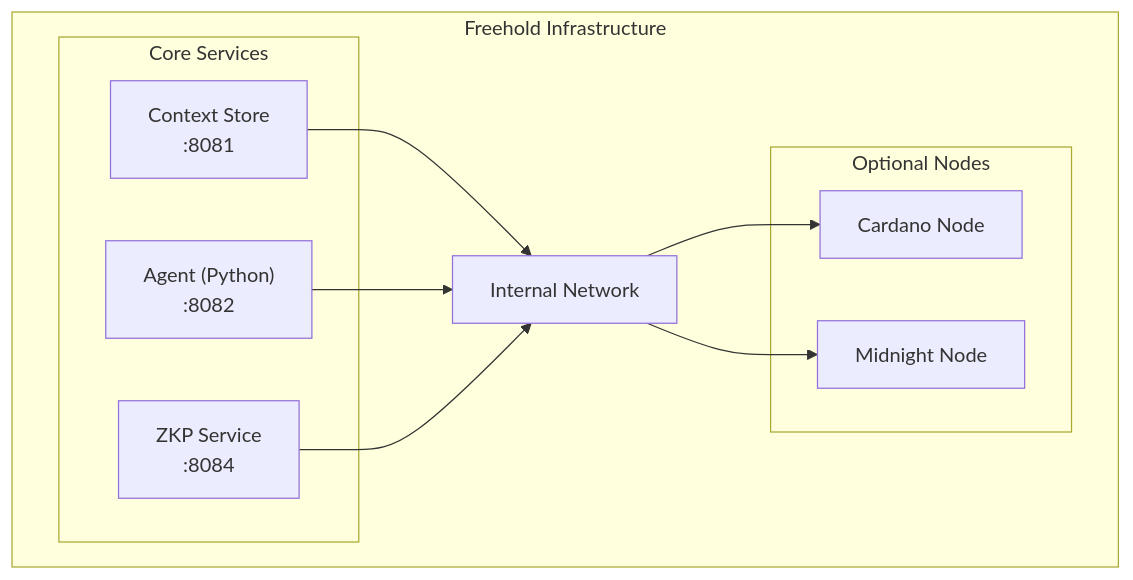
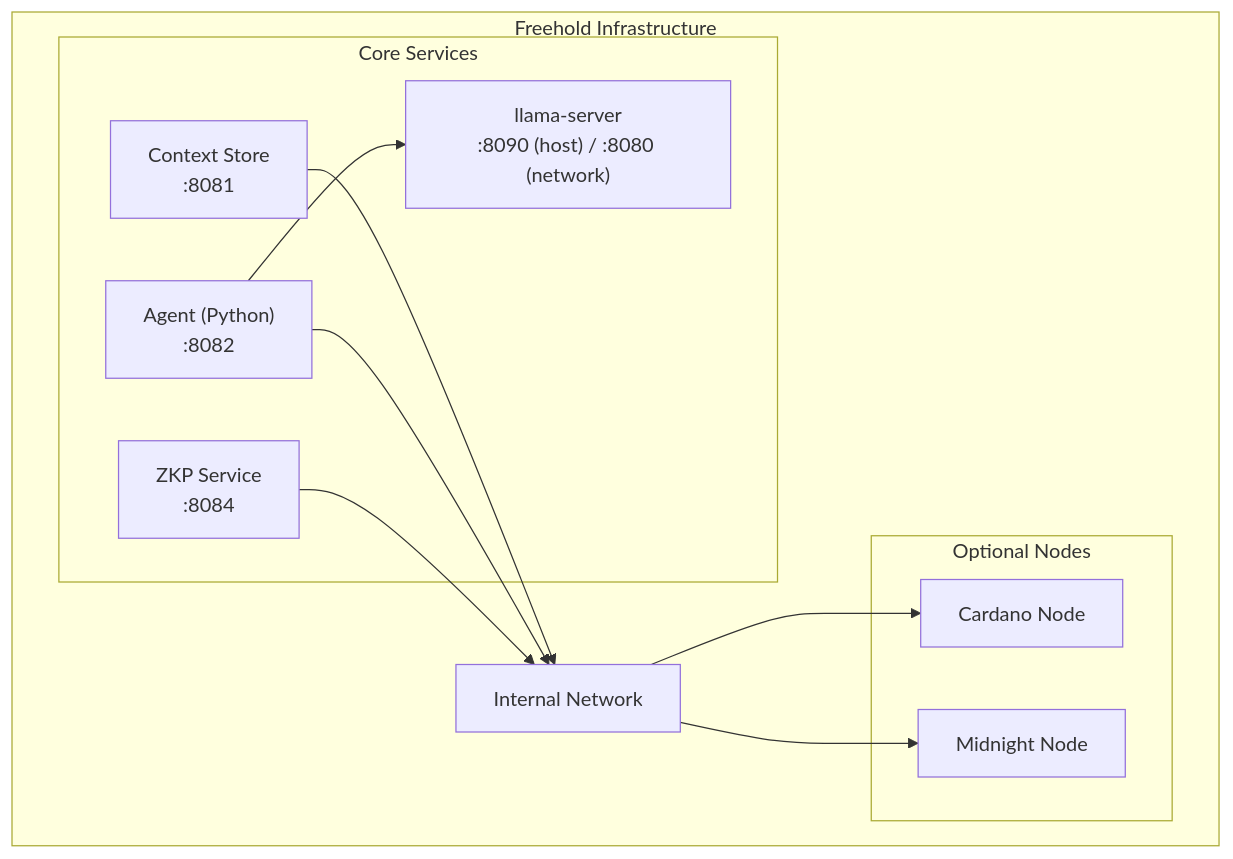
Before and after one commit to freehold-earth/freehold: the diagram in infra/README.md, drawn with Mermaid. The commit also changed other lines of this file and 6 other files, not shown here.

First line of the commit message:
Run llama-server in the compose stack as the agent's LLM runtime

````diff
--- a/infra/README.md
+++ b/infra/README.md
@@ -31,24 +31,26 @@
 ```mermaid
 flowchart TB
     subgraph Infra["Freehold Infrastructure"]
         subgraph Core["Core Services"]
             CS["Context Store<br/>:8081"]
             AG["Agent (Python)<br/>:8082"]
+            LS["llama-server<br/>:8090 (host) / :8080 (network)"]
             ZK["ZKP Service<br/>:8084"]
         end
 
         NET["Internal Network"]
 
         CS --> NET
         AG --> NET
+        AG --> LS
         ZK --> NET
 
         subgraph Optional["Optional Nodes"]
             CN["Cardano Node"]
             MN["Midnight Node"]
         end
 
         NET --> CN
         NET --> MN
     end
 ```
````
